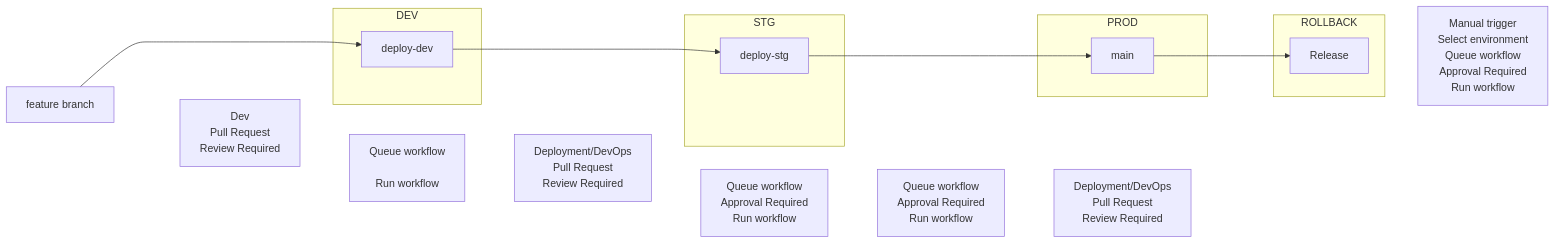
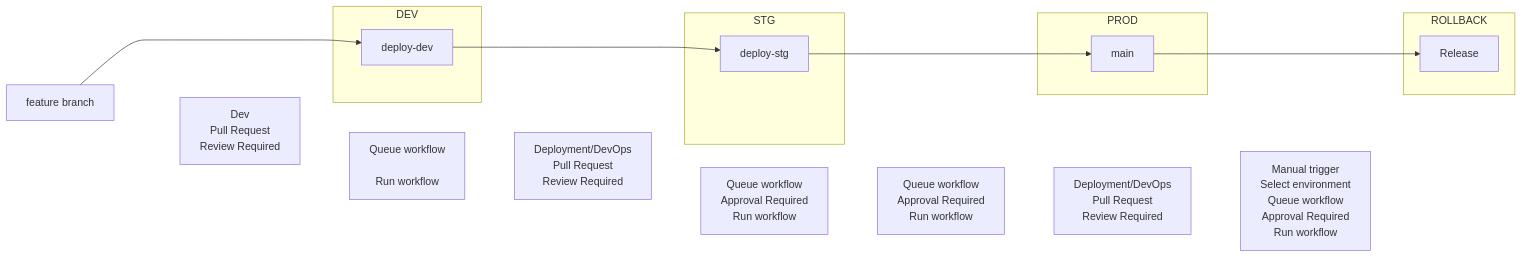
One commit to fritzramos-gf/Workflows changed the diagram in Gates-Workflow.md. Above: the diagram before and after it, drawn with Mermaid.

````diff
--- a/Gates-Workflow.md
+++ b/Gates-Workflow.md
@@ -1,40 +1,40 @@
 ```mermaid
 flowchart LR
     A[feature branch] ----> B
     A ~~~ C["Dev\nPull Request\nReview Required"]
     C ~~~ B
     subgraph DEV
         B[deploy-dev]
     end
      C ~~~ G["Queue workflow
         \nRun workflow"]
 
     B ---> D
     G ~~~ H["Deployment/DevOps\nPull Request\nReview Required"]
     H ~~~ D
     subgraph STG
         D[deploy-stg]
     end
     D ---> E
     H ~~~ I["Queue workflow\nApproval Required\nRun workflow"]
     subgraph PROD
         E[main]
     end
     I ~~~ J["Queue workflow\nApproval Required\nRun workflow"]
     E ---> F
     J ~~~ K["Deployment/DevOps\nPull Request\nReview Required"] 
     subgraph ROLLBACK
         F[Release]
     end
-    F ~~~ L["Manual trigger\nSelect environment\nQueue workflow\nApproval Required\nRun workflow"]
+    K ~~~ L["Manual trigger\nSelect environment\nQueue workflow\nApproval Required\nRun workflow"]
     
 
 
 
 
 
 
 
 
 
 ```
````
